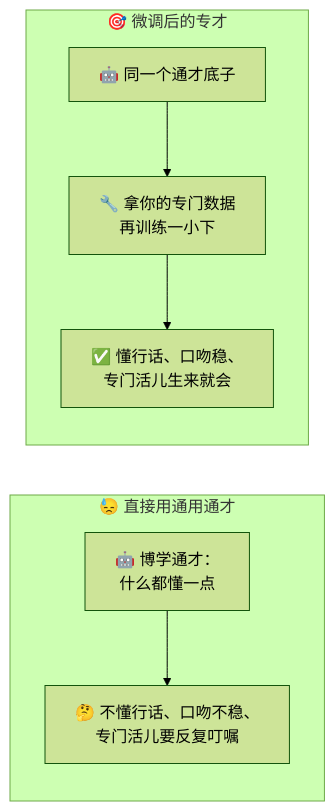
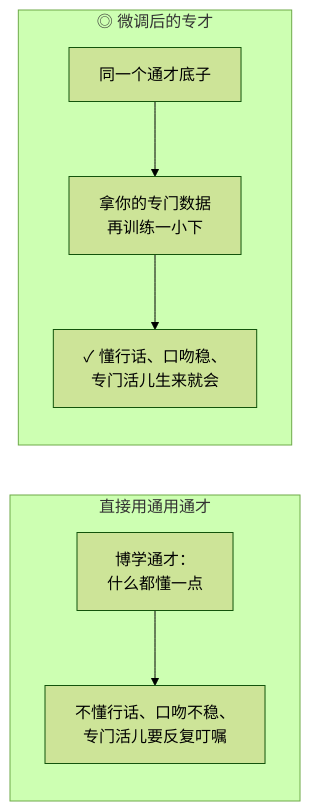
The first of 6 diagrams in docs/02_CONCEPTS_概念入门/CONCEPT/[CONCEPT-25] 什么是微调-FineTuning.md (luckykhy/KhyAiHub), drawn with Mermaid (forest theme) before and after one commit. The commit also changed other lines of this file, not shown here.

````diff
--- a/docs/02_CONCEPTS_概念入门/CONCEPT/[CONCEPT-25] 什么是微调-FineTuning.md
+++ b/docs/02_CONCEPTS_概念入门/CONCEPT/[CONCEPT-25] 什么是微调-FineTuning.md
@@ -41,10 +41,10 @@
 ```mermaid
 flowchart LR
-  subgraph 通才["😓 直接用通用通才"]
-    G["🤖 博学通才：<br/>什么都懂一点"] --> BAD["🤔 不懂行话、口吻不稳、<br/>专门活儿要反复叮嘱"]
+  subgraph 通才["直接用通用通才"]
+    G["博学通才：<br/>什么都懂一点"] --> BAD["不懂行话、口吻不稳、<br/>专门活儿要反复叮嘱"]
   end
-  subgraph 专才["🎯 微调后的专才"]
-    BASE["🤖 同一个通才底子"] --> FT["🔧 拿你的专门数据<br/>再训练一小下"]
-    FT --> GOOD["✅ 懂行话、口吻稳、<br/>专门活儿生来就会"]
+  subgraph 专才["◎ 微调后的专才"]
+    BASE["同一个通才底子"] --> FT["拿你的专门数据<br/>再训练一小下"]
+    FT --> GOOD["✓ 懂行话、口吻稳、<br/>专门活儿生来就会"]
   end
 ```
````
